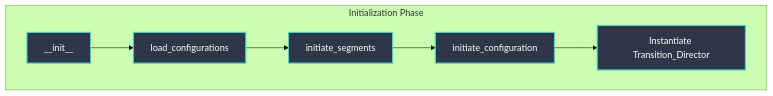
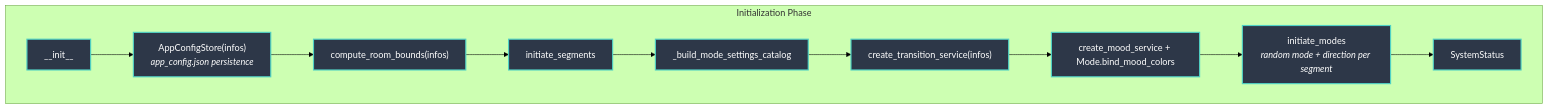
Before and after one commit to LucRobey/vialactee: the first of 3 diagrams in core/precisions/mode_master.md, drawn with Mermaid (forest theme). The commit also changed other lines of this file and 61 other files, not shown here.

````diff
--- a/core/precisions/mode_master.md
+++ b/core/precisions/mode_master.md
@@ -10,17 +10,18 @@
 ```mermaid
 graph TD
     classDef init fill:#2d3748,stroke:#4fd1c5,stroke-width:2px,color:#fff;
 
     subgraph init_phase [Initialization Phase]
-        A[__init__]:::init
-        B[load_configurations]:::init
-        C[initiate_segments]:::init
-        D[initiate_configuration]:::init
-        E[Instantiate Transition_Director]:::init
-        
-        A --> B
-        B --> C
-        C --> D
-        D --> E
+        A["__init__"]:::init
+        B["AppConfigStore(infos)<br/><i>app_config.json persistence</i>"]:::init
+        C["compute_room_bounds(infos)"]:::init
+        D["initiate_segments"]:::init
+        E["_build_mode_settings_catalog"]:::init
+        F["create_transition_service(infos)"]:::init
+        G["create_mood_service + Mode.bind_mood_colors"]:::init
+        H["initiate_modes<br/><i>random mode + direction per segment</i>"]:::init
+        I["SystemStatus"]:::init
+
+        A --> B --> C --> D --> E --> F --> G --> H --> I
     end
 ```
````
